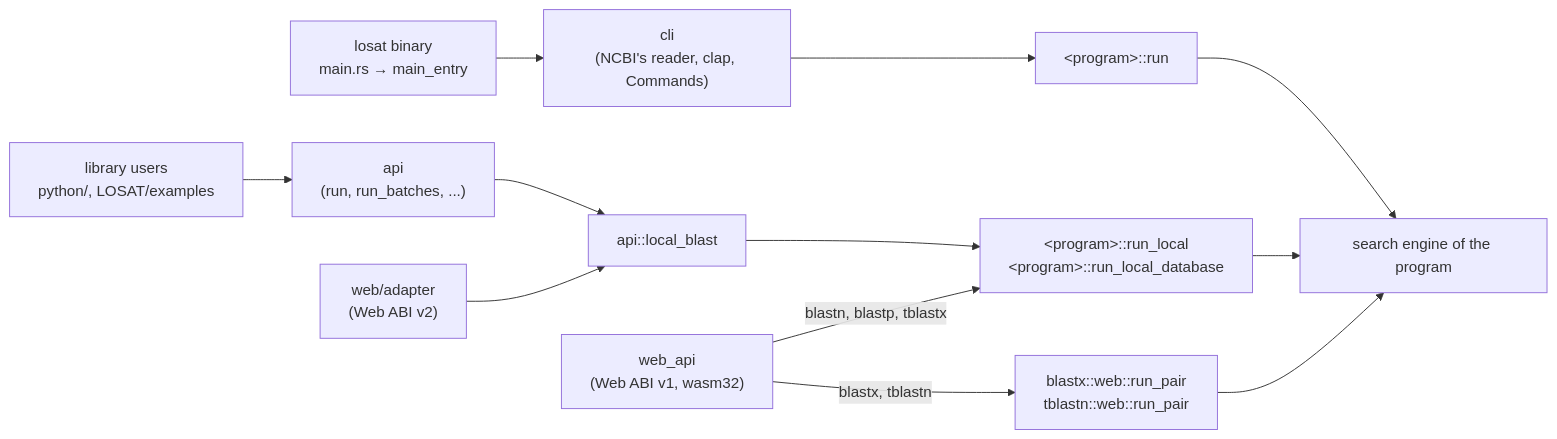
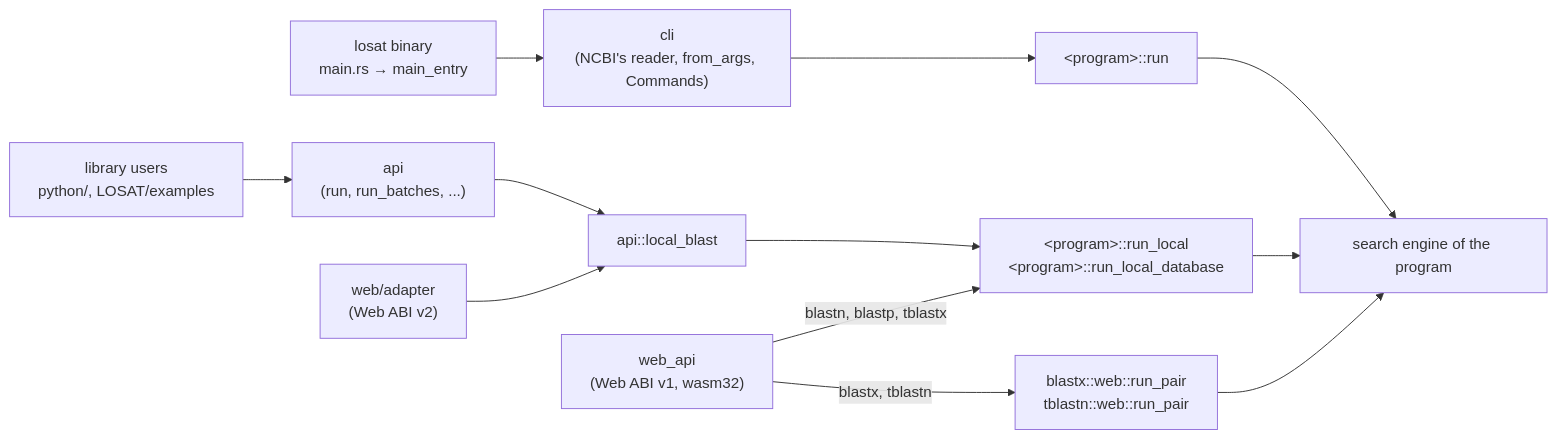
One commit to satoshikawato/LOSAT changed the first of 4 diagrams in docs/architecture/engine.md. Above: the diagram before and after it, drawn with Mermaid. The commit also changed other lines of this file and 4 other files, not shown here.

````diff
--- a/docs/architecture/engine.md
+++ b/docs/architecture/engine.md
@@ -36,14 +36,14 @@
 ```mermaid
 flowchart LR
-  bin["losat binary<br/>main.rs → main_entry"] --> cli["cli<br/>(NCBI's reader, clap, Commands)"]
+  bin["losat binary<br/>main.rs → main_entry"] --> cli["cli<br/>(NCBI's reader, from_args, Commands)"]
   cli --> run["&lt;program&gt;::run"]
   lib["library users<br/>python/, LOSAT/examples"] --> api["api<br/>(run, run_batches, ...)"]
   api --> lb["api::local_blast"]
   adapter["web/adapter<br/>(Web ABI v2)"] --> lb
   webapi["web_api<br/>(Web ABI v1, wasm32)"] -->|"blastn, blastp, tblastx"| local
   webapi -->|"blastx, tblastn"| pair["blastx::web::run_pair<br/>tblastn::web::run_pair"]
   pair --> engine
   lb --> local["&lt;program&gt;::run_local<br/>&lt;program&gt;::run_local_database"]
   run --> engine["search engine of the program"]
   local --> engine
 ```
````
